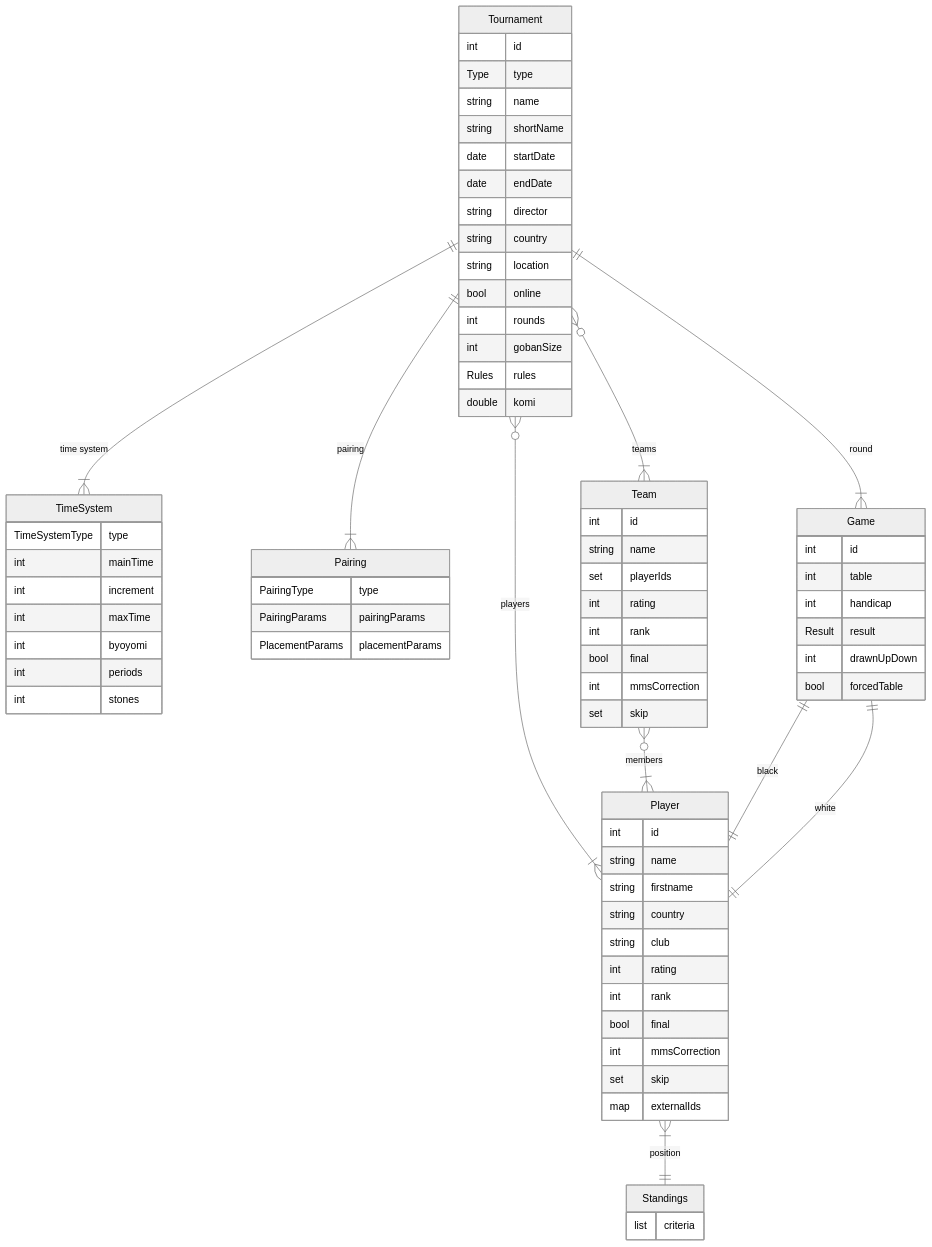
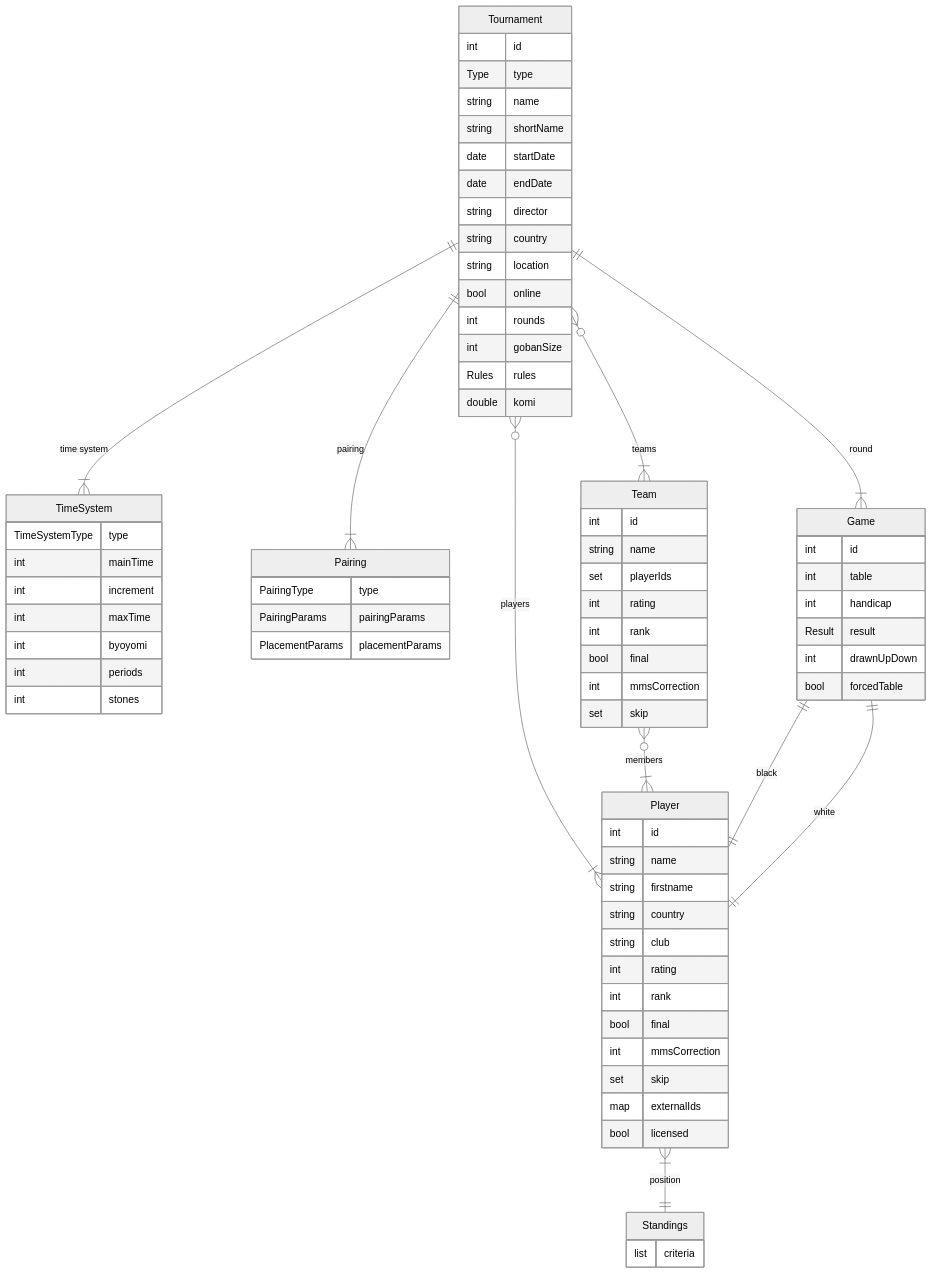
Before and after one commit to ffrgo/pairgoth: the diagram in doc/reference.md, drawn with Mermaid (neutral theme). The commit also changed other lines of this file and 4 other files, not shown here.

```diff
--- a/doc/reference.md
+++ b/doc/reference.md
@@ -67,6 +67,7 @@
     int mmsCorrection
     set skip
     map externalIds
+    bool licensed
   }
 
   Team {
```
